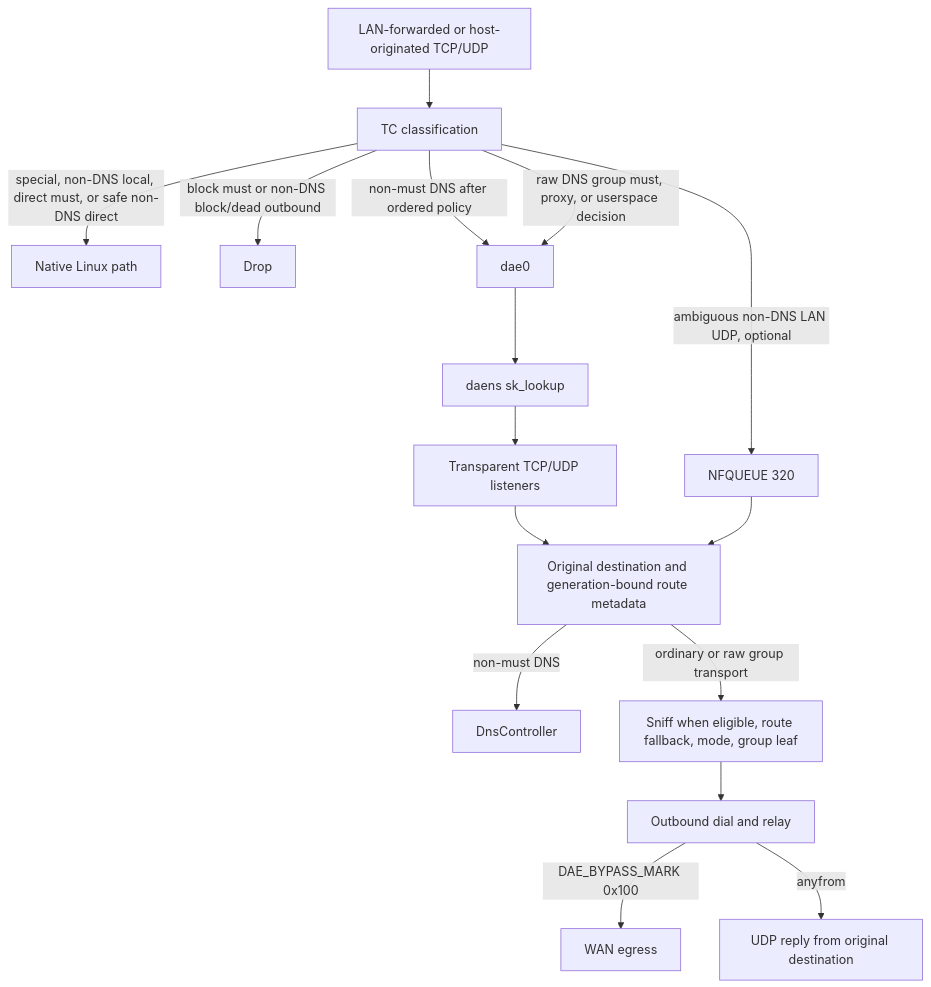
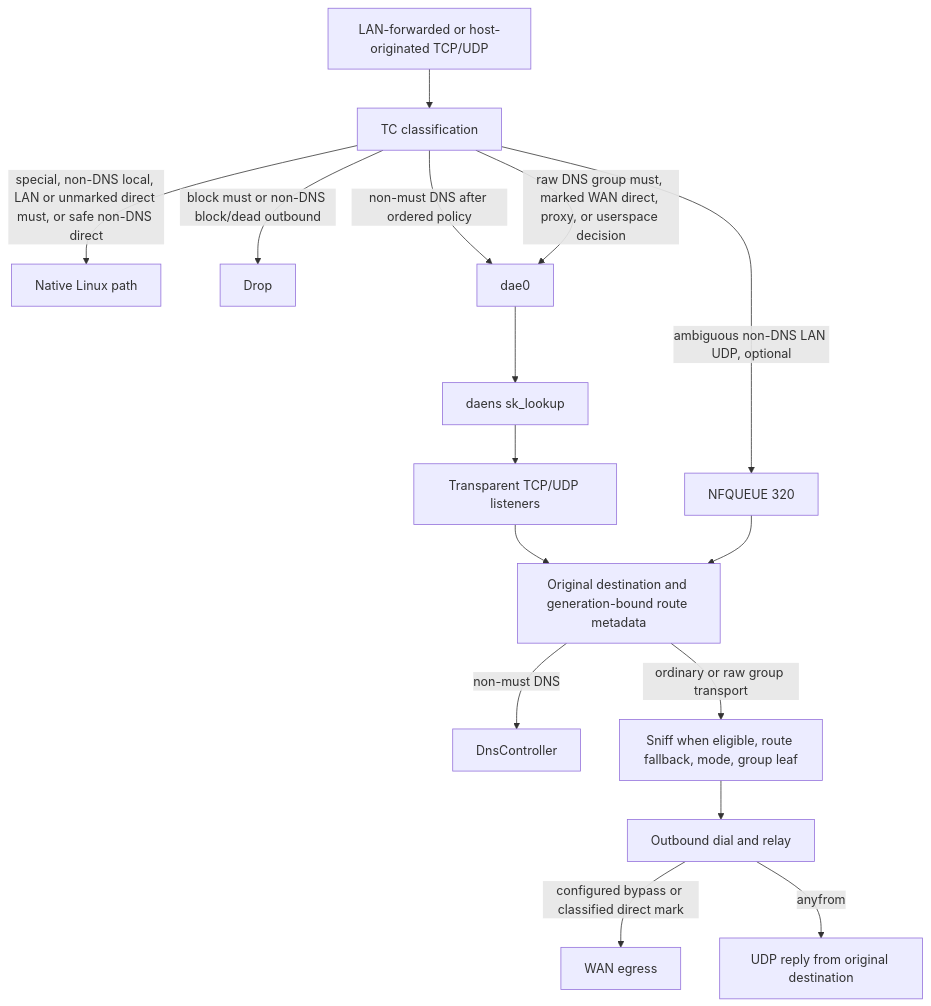
One commit to Glassyiris/honk changed the second of 2 diagrams in doc/en/design/overview.md. Above: the diagram before and after it, drawn with Mermaid. The commit also changed other lines of this file and 123 other files, not shown here.

````diff
--- a/doc/en/design/overview.md
+++ b/doc/en/design/overview.md
@@ -72,18 +72,18 @@
 ```mermaid
 flowchart TB
   PACKET[LAN-forwarded or host-originated TCP/UDP] --> TC[TC classification]
-  TC -->|special, non-DNS local, direct must, or safe non-DNS direct| NATIVE[Native Linux path]
+  TC -->|special, non-DNS local, LAN or unmarked direct must, or safe non-DNS direct| NATIVE[Native Linux path]
   TC -->|block must or non-DNS block/dead outbound| DROP[Drop]
   TC -->|non-must DNS after ordered policy| DAE0[dae0]
-  TC -->|raw DNS group must, proxy, or userspace decision| DAE0
+  TC -->|raw DNS group must, marked WAN direct, proxy, or userspace decision| DAE0
   TC -->|ambiguous non-DNS LAN UDP, optional| NFQ[NFQUEUE 320]
   DAE0 --> SK[daens sk_lookup]
   SK --> LISTEN[Transparent TCP/UDP listeners]
   LISTEN --> CP[Original destination and generation-bound route metadata]
   NFQ --> CP
   CP -->|non-must DNS| DNS[DnsController]
   CP -->|ordinary or raw group transport| DECIDE[Sniff when eligible, route fallback, mode, group leaf]
   DECIDE --> DIAL[Outbound dial and relay]
-  DIAL -->|DAE_BYPASS_MARK 0x100| WAN[WAN egress]
+  DIAL -->|configured bypass or classified direct mark| WAN[WAN egress]
   DIAL -->|anyfrom| REPLY[UDP reply from original destination]
 ```
````
